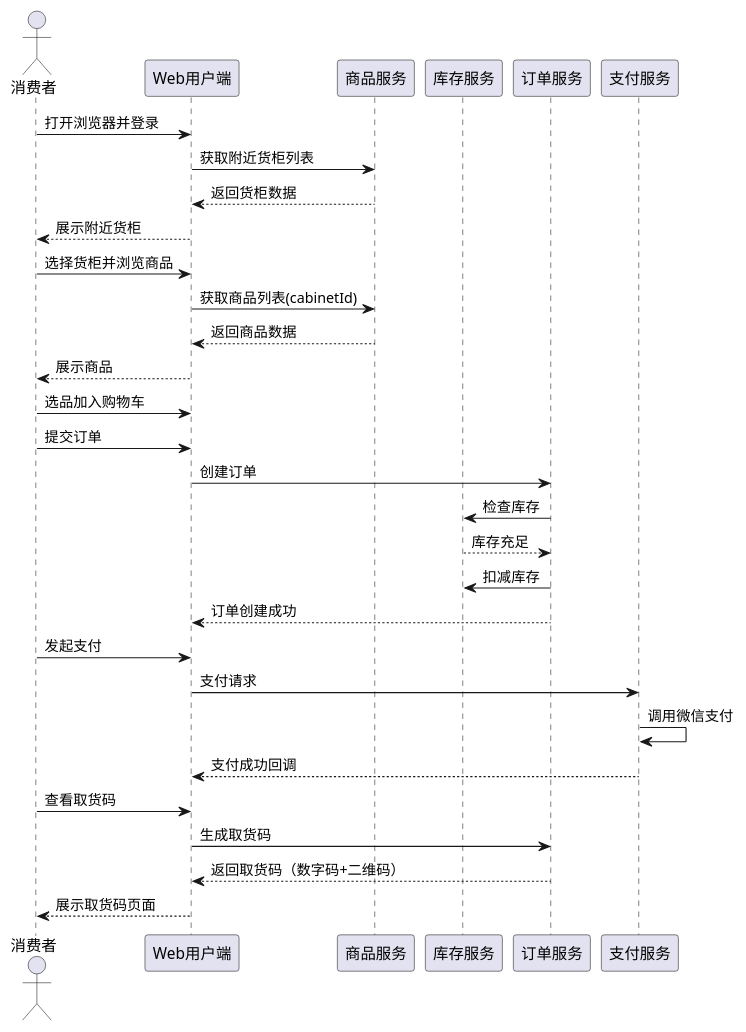
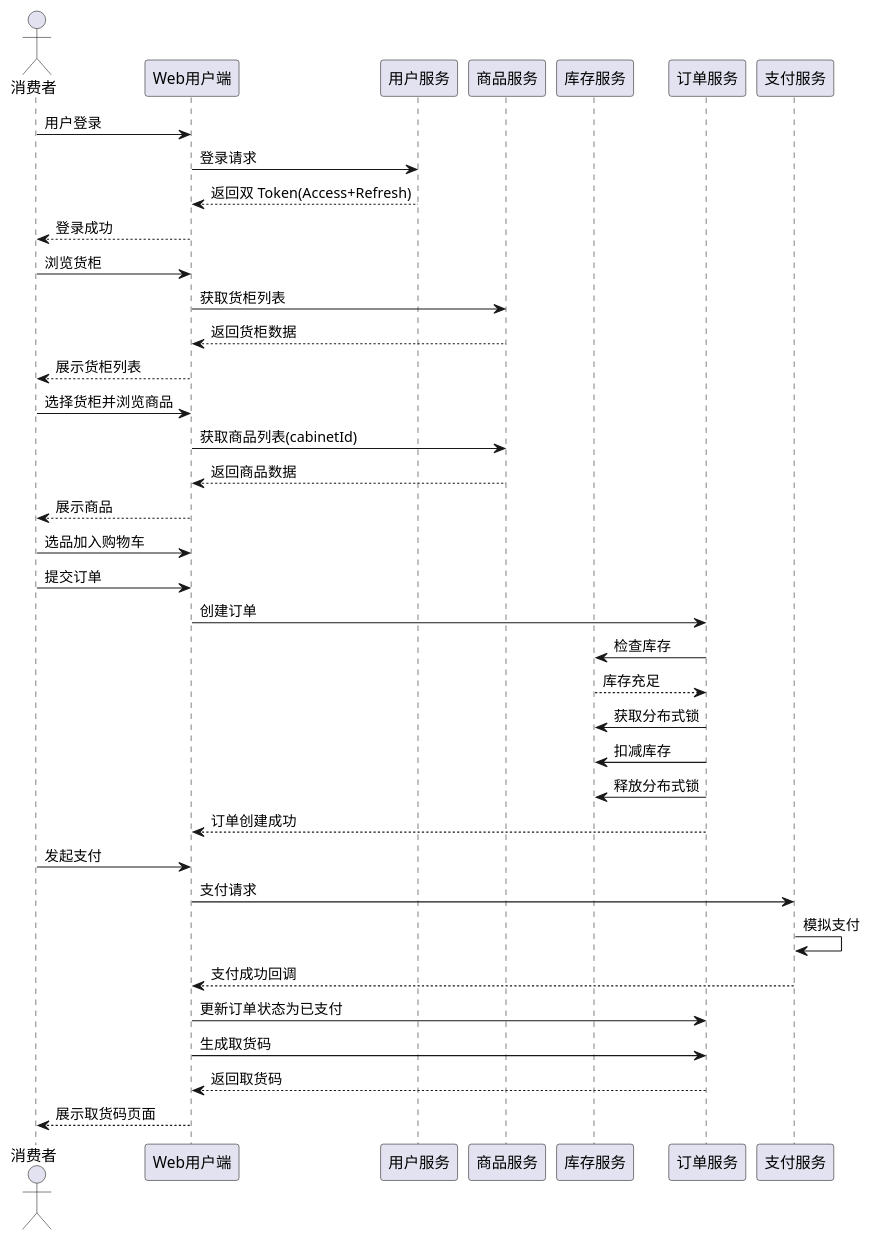
The fourth of 6 diagrams in docs/无人售货系统-完整报告.md (kaiyixing/Unmanned-vending-system), drawn with PlantUML before and after one commit. The commit also changed other lines of this file and 3 other files, not shown here.

````diff
--- a/docs/无人售货系统-完整报告.md
+++ b/docs/无人售货系统-完整报告.md
@@ -785,39 +1003,46 @@
 ```plantuml
 @startuml
 actor 消费者 as C
 participant "Web用户端" as Web
+participant "用户服务" as US
 participant "商品服务" as PS
 participant "库存服务" as IS
 participant "订单服务" as OS
 participant "支付服务" as PayS
 
-C -> Web : 打开浏览器并登录
-Web -> PS : 获取附近货柜列表
+C -> Web : 用户登录
+Web -> US : 登录请求
+US --> Web : 返回双 Token(Access+Refresh)
+Web --> C : 登录成功
+
+C -> Web : 浏览货柜
+Web -> PS : 获取货柜列表
 PS --> Web : 返回货柜数据
-Web --> C : 展示附近货柜
+Web --> C : 展示货柜列表
 
 C -> Web : 选择货柜并浏览商品
 Web -> PS : 获取商品列表(cabinetId)
 PS --> Web : 返回商品数据
 Web --> C : 展示商品
 
 C -> Web : 选品加入购物车
 C -> Web : 提交订单
 Web -> OS : 创建订单
 OS -> IS : 检查库存
 IS --> OS : 库存充足
+OS -> IS : 获取分布式锁
 OS -> IS : 扣减库存
+OS -> IS : 释放分布式锁
 OS --> Web : 订单创建成功
 
 C -> Web : 发起支付
 Web -> PayS : 支付请求
-PayS -> PayS : 调用微信支付
+PayS -> PayS : 模拟支付
 PayS --> Web : 支付成功回调
-
-C -> Web : 查看取货码
+Web -> OS : 更新订单状态为已支付
 Web -> OS : 生成取货码
-OS --> Web : 返回取货码（数字码+二维码）
+OS --> Web : 返回取货码
 Web --> C : 展示取货码页面
 
 @enduml
 ```
````
